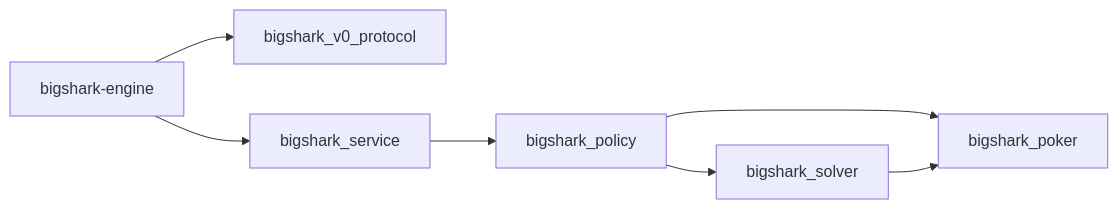
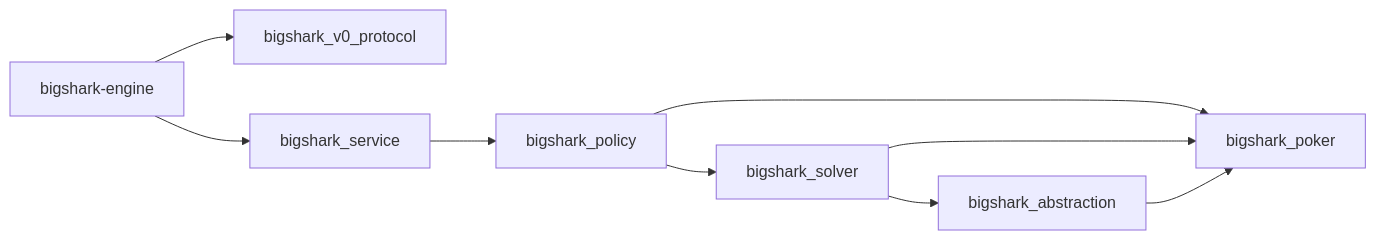
Before and after one commit to Zzzode/BigShark: the second of 4 diagrams in docs/design/gto-engine.md, drawn with Mermaid. The commit also changed other lines of this file and 10 other files, not shown here.

````diff
--- a/docs/design/gto-engine.md
+++ b/docs/design/gto-engine.md
@@ -79,9 +80,11 @@
 ```mermaid
 flowchart LR
   Host[bigshark-engine] --> V0[bigshark_v0_protocol]
   Host --> Service[bigshark_service]
   Service --> Policy[bigshark_policy]
   Policy --> Solver[bigshark_solver]
   Policy --> Poker[bigshark_poker]
+  Solver --> Abstraction[bigshark_abstraction]
   Solver --> Poker
+  Abstraction --> Poker
 ```
````
